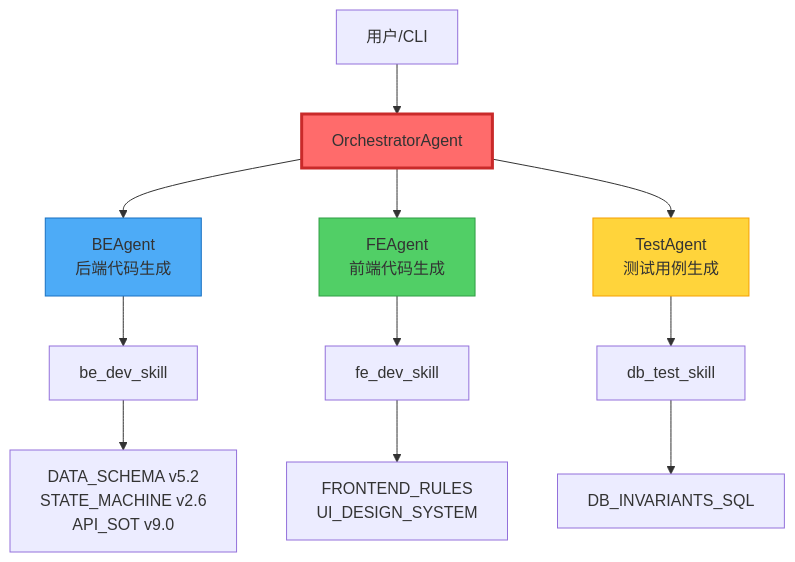
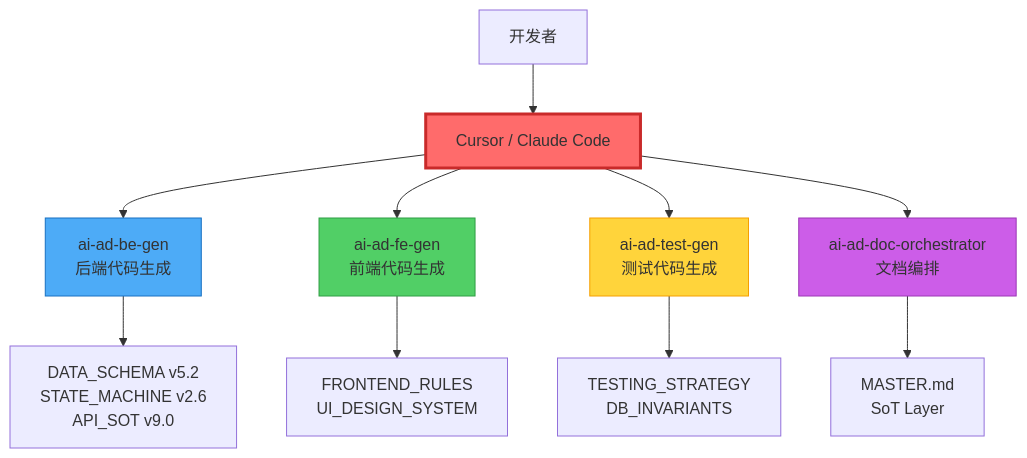
Before and after one commit to wade56754/AI_ad_spend02: the first of 4 diagrams in docs/6.agent-layer/AGENT_LAYER_OVERVIEW.md, drawn with Mermaid. The commit also changed other lines of this file and 3 other files, not shown here.

First line of the commit message:
docs: Agent Layer v2.0 - 迁移至纯 SuperClaude Skill 架构

````diff
--- a/docs/6.agent-layer/AGENT_LAYER_OVERVIEW.md
+++ b/docs/6.agent-layer/AGENT_LAYER_OVERVIEW.md
@@ -118,21 +110,20 @@
 ```mermaid
 graph TB
-    User[用户/CLI] --> Orch[OrchestratorAgent]
+    User[开发者] --> Cursor[Cursor / Claude Code]
 
-    Orch --> BE[BEAgent<br/>后端代码生成]
-    Orch --> FE[FEAgent<br/>前端代码生成]
-    Orch --> Test[TestAgent<br/>测试用例生成]
+    Cursor --> BEGen[ai-ad-be-gen<br/>后端代码生成]
+    Cursor --> FEGen[ai-ad-fe-gen<br/>前端代码生成]
+    Cursor --> TestGen[ai-ad-test-gen<br/>测试代码生成]
+    Cursor --> DocOrch[ai-ad-doc-orchestrator<br/>文档编排]
 
-    BE --> BESkill[be_dev_skill]
-    FE --> FESkill[fe_dev_skill]
-    Test --> DBSkill[db_test_skill]
+    BEGen --> SoT1[DATA_SCHEMA v5.2<br/>STATE_MACHINE v2.6<br/>API_SOT v9.0]
+    FEGen --> SoT2[FRONTEND_RULES<br/>UI_DESIGN_SYSTEM]
+    TestGen --> SoT3[TESTING_STRATEGY<br/>DB_INVARIANTS]
+    DocOrch --> SoT4[MASTER.md<br/>SoT Layer]
 
-    BESkill --> SoT1[DATA_SCHEMA v5.2<br/>STATE_MACHINE v2.6<br/>API_SOT v9.0]
-    FESkill --> SoT2[FRONTEND_RULES<br/>UI_DESIGN_SYSTEM]
-    DBSkill --> SoT3[DB_INVARIANTS_SQL]
-
-    style Orch fill:#ff6b6b,stroke:#c92a2a,stroke-width:3px
-    style BE fill:#4dabf7,stroke:#1971c2
-    style FE fill:#51cf66,stroke:#2f9e44
-    style Test fill:#ffd43b,stroke:#f59f00
+    style Cursor fill:#ff6b6b,stroke:#c92a2a,stroke-width:3px
+    style BEGen fill:#4dabf7,stroke:#1971c2
+    style FEGen fill:#51cf66,stroke:#2f9e44
+    style TestGen fill:#ffd43b,stroke:#f59f00
+    style DocOrch fill:#cc5de8,stroke:#9c36b5
 ```
````
